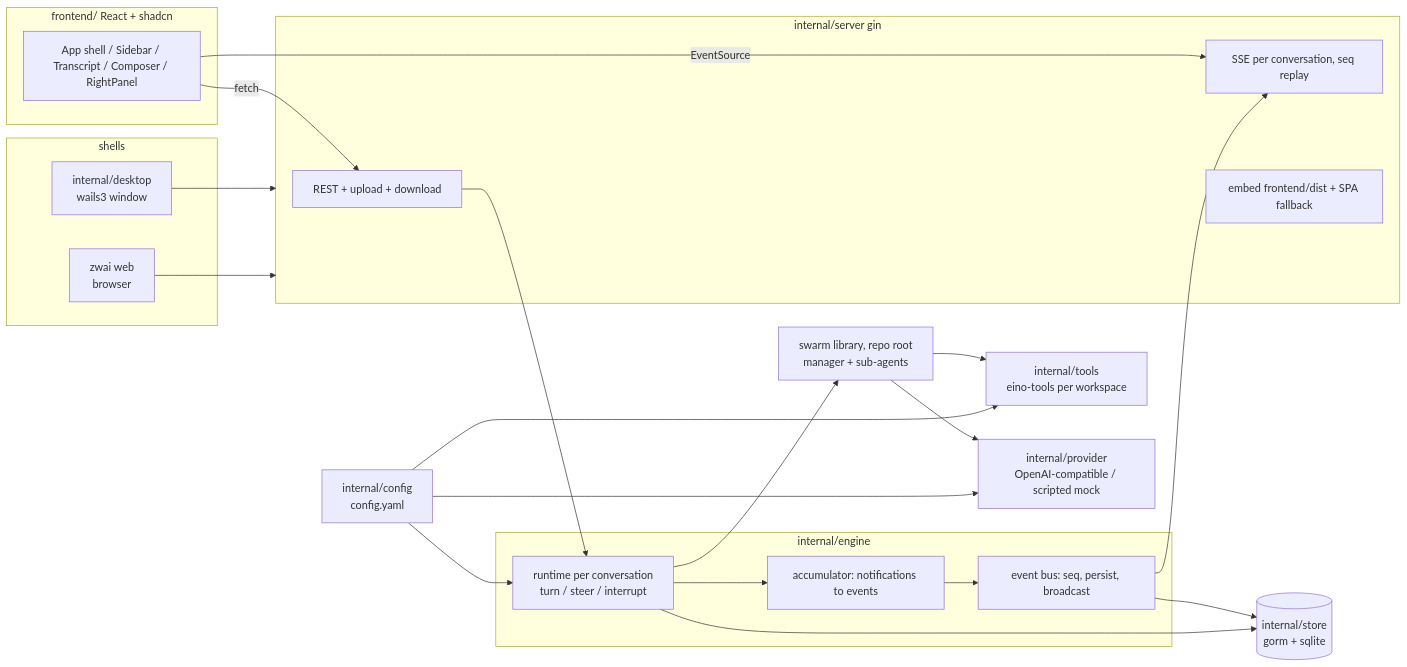
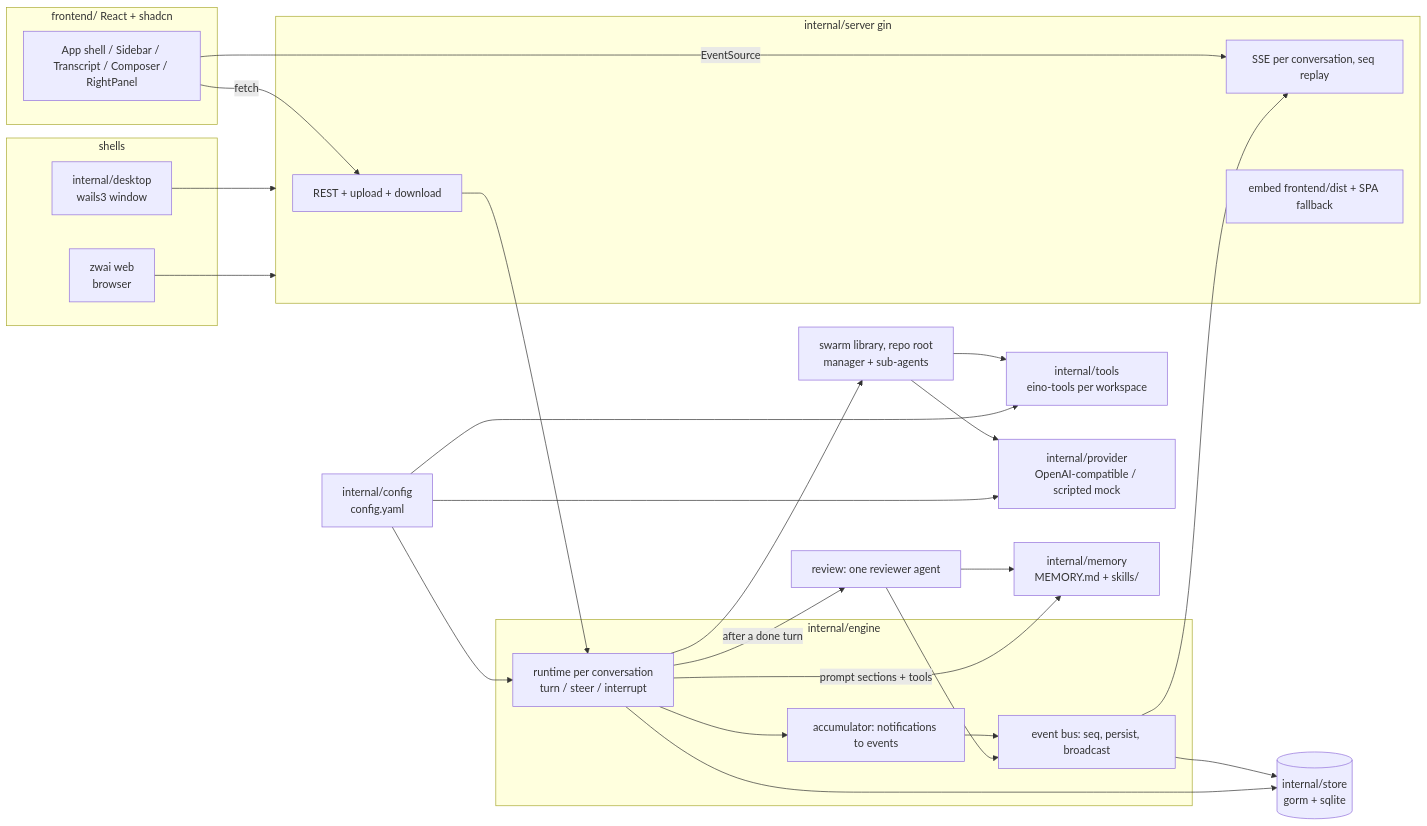
One commit to LubyRuffy/eino-swarm changed the diagram in ARCHITECTURE.md. Above: the diagram before and after it, drawn with Mermaid. The commit also changed other lines of this file and 117 other files, not shown here.

````diff
--- a/ARCHITECTURE.md
+++ b/ARCHITECTURE.md
@@ -9,39 +9,44 @@
 ```mermaid
 flowchart LR
   subgraph shells
     Desktop[internal/desktop<br/>wails3 window]
     Browser[zwai web<br/>browser]
   end
   subgraph frontend [frontend/ React + shadcn]
     UI[App shell / Sidebar / Transcript / Composer / RightPanel]
   end
   subgraph server [internal/server gin]
     REST[REST + upload + download]
     SSE[SSE per conversation, seq replay]
     Static[embed frontend/dist + SPA fallback]
   end
   subgraph engine [internal/engine]
     RT[runtime per conversation<br/>turn / steer / interrupt]
     Bus[event bus: seq, persist, broadcast]
     Acc[accumulator: notifications to events]
   end
   Swarm[swarm library, repo root<br/>manager + sub-agents]
   Tools[internal/tools<br/>eino-tools per workspace]
   Pool[internal/provider<br/>OpenAI-compatible / scripted mock]
   Store[(internal/store<br/>gorm + sqlite)]
   Cfg[internal/config<br/>config.yaml]
 
   Desktop --> server
   Browser --> server
   UI -->|fetch| REST
   UI -->|EventSource| SSE
   REST --> RT
   RT --> Swarm --> Tools
   Swarm --> Pool
   RT --> Acc --> Bus --> SSE
   Bus --> Store
   RT --> Store
   Cfg --> Pool
   Cfg --> Tools
   Cfg --> RT
+  Mem[internal/memory<br/>MEMORY.md + skills/]
+  RT -->|prompt sections + tools| Mem
+  RT -->|after a done turn| Review[review: one reviewer agent]
+  Review --> Mem
+  Review --> Bus
 ```
````
